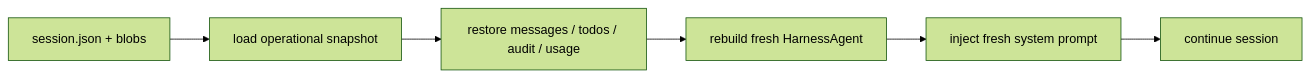
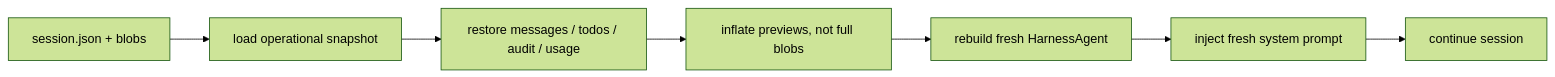
One commit to dzungtri/mini-claw-code changed the first of 3 diagrams in mini-claw-code-book-py/src/ch29-session-persistence.md. Above: the diagram before and after it, drawn with Mermaid (forest theme). The commit also changed other lines of this file and 6 other files, not shown here.

````diff
--- a/mini-claw-code-book-py/src/ch29-session-persistence.md
+++ b/mini-claw-code-book-py/src/ch29-session-persistence.md
@@ -557,8 +599,9 @@
 ```mermaid
 flowchart LR
     Disk["session.json + blobs"] --> Load["load operational snapshot"]
     Load --> Restore["restore messages / todos / audit / usage"]
-    Restore --> Rebuild["rebuild fresh HarnessAgent"]
+    Restore --> Preview["inflate previews, not full blobs"]
+    Preview --> Rebuild["rebuild fresh HarnessAgent"]
     Rebuild --> Prompt["inject fresh system prompt"]
     Prompt --> Continue["continue session"]
 ```
````
